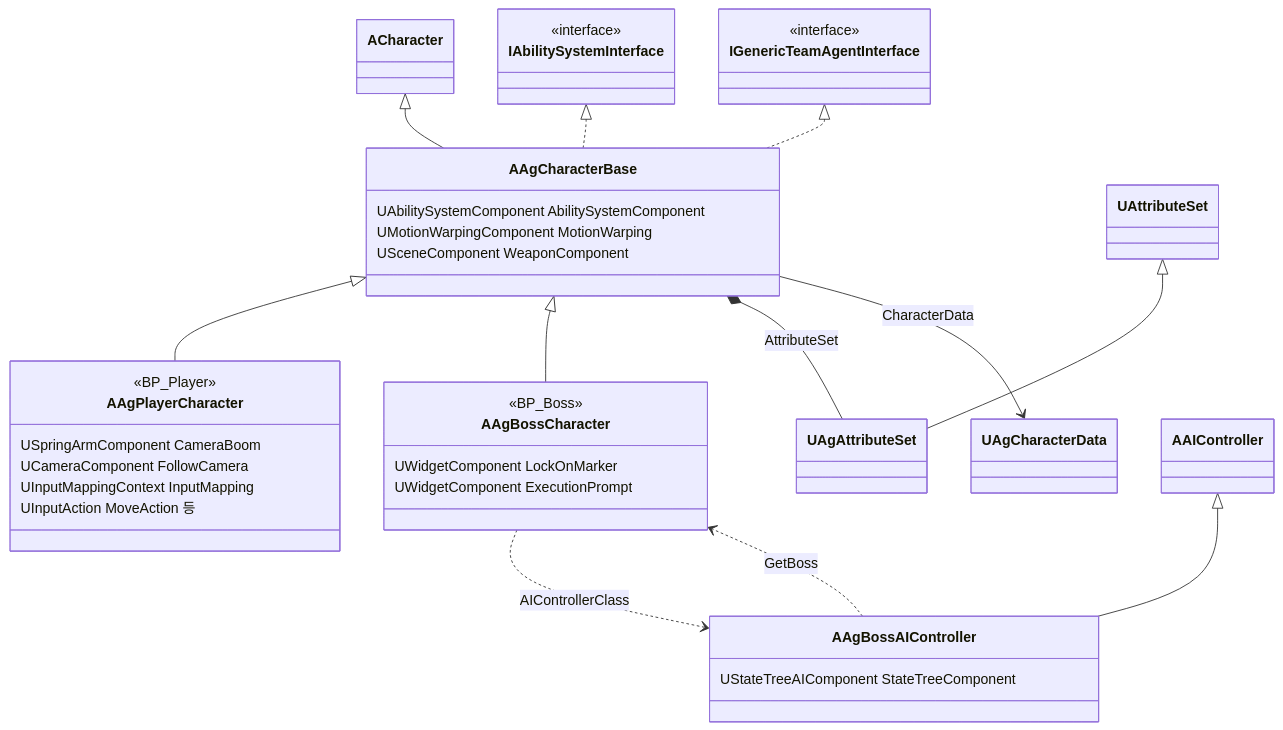
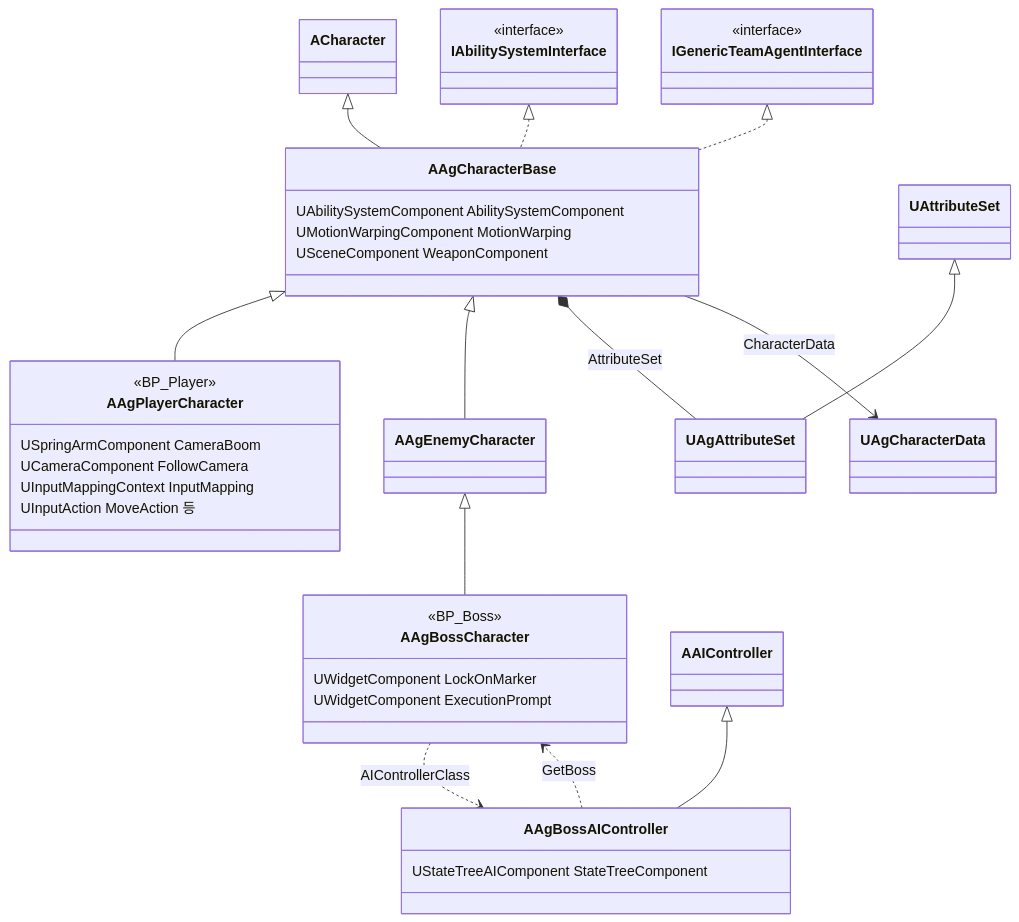
One commit to Woogl/Ag changed the first of 4 diagrams in Docs/Architecture/캐릭터 기반 구조와 GAS.md. Above: the diagram before and after it, drawn with Mermaid. The commit also changed other lines of this file and 10 other files, not shown here.

````diff
--- a/Docs/Architecture/캐릭터 기반 구조와 GAS.md
+++ b/Docs/Architecture/캐릭터 기반 구조와 GAS.md
@@ -33,42 +34,43 @@
 ```mermaid
 classDiagram
     direction TB
     class IAbilitySystemInterface {
         <<interface>>
     }
     class IGenericTeamAgentInterface {
         <<interface>>
     }
     class AAgCharacterBase {
         UAbilitySystemComponent AbilitySystemComponent
         UMotionWarpingComponent MotionWarping
         USceneComponent WeaponComponent
     }
     class AAgPlayerCharacter {
         <<BP_Player>>
         USpringArmComponent CameraBoom
         UCameraComponent FollowCamera
         UInputMappingContext InputMapping
         UInputAction MoveAction 등
     }
     class AAgBossCharacter {
         <<BP_Boss>>
         UWidgetComponent LockOnMarker
         UWidgetComponent ExecutionPrompt
     }
     class AAgBossAIController {
         UStateTreeAIComponent StateTreeComponent
     }
     ACharacter <|-- AAgCharacterBase
     IAbilitySystemInterface <|.. AAgCharacterBase
     IGenericTeamAgentInterface <|.. AAgCharacterBase
     AAgCharacterBase <|-- AAgPlayerCharacter
-    AAgCharacterBase <|-- AAgBossCharacter
+    AAgCharacterBase <|-- AAgEnemyCharacter
+    AAgEnemyCharacter <|-- AAgBossCharacter
 
     AAgCharacterBase *-- UAgAttributeSet : AttributeSet
     UAttributeSet <|-- UAgAttributeSet
     AAgCharacterBase --> UAgCharacterData : CharacterData
     AAgBossCharacter ..> AAgBossAIController : AIControllerClass
     AAIController <|-- AAgBossAIController
     AAgBossAIController ..> AAgBossCharacter : GetBoss
 ```
````
